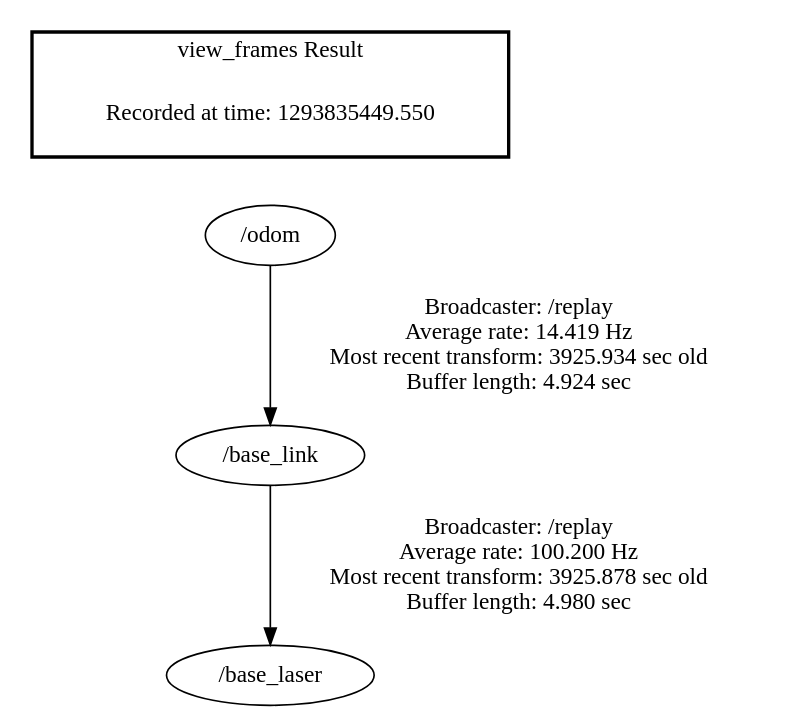
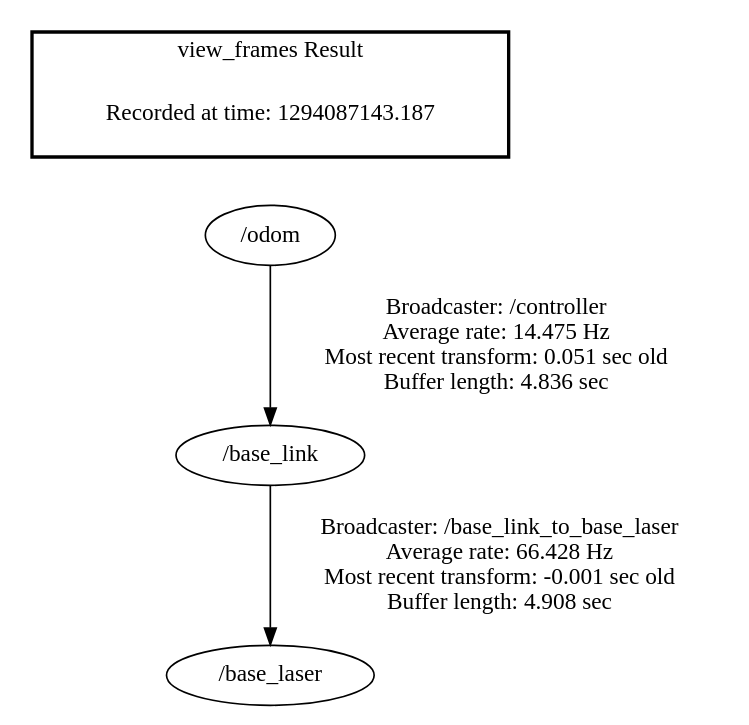
The diagram in this_robot/frames.gv (redbaron148/this_dev), drawn with Graphviz before and after one commit. The commit also changed 6 other files, not shown here.

Commit message:
Got mapping working on this.  Hokuyo node's default frame_id is laser, I had the frame id set to base_laser.

```diff
--- a/this_robot/frames.gv
+++ b/this_robot/frames.gv
@@ -1,8 +1,8 @@
 digraph G {
-"/base_link" -> "/base_laser"[label="Broadcaster: /replay\nAverage rate: 100.200 Hz\nMost recent transform: 3925.878 sec old \nBuffer length: 4.980 sec\n"];
-"/odom" -> "/base_link"[label="Broadcaster: /replay\nAverage rate: 14.419 Hz\nMost recent transform: 3925.934 sec old \nBuffer length: 4.924 sec\n"];
+"/base_link" -> "/base_laser"[label="Broadcaster: /base_link_to_base_laser\nAverage rate: 66.428 Hz\nMost recent transform: -0.001 sec old \nBuffer length: 4.908 sec\n"];
+"/odom" -> "/base_link"[label="Broadcaster: /controller\nAverage rate: 14.475 Hz\nMost recent transform: 0.051 sec old \nBuffer length: 4.836 sec\n"];
 edge [style=invis];
  subgraph cluster_legend { style=bold; color=black; label ="view_frames Result";
-"Recorded at time: 1293835449.550"[ shape=plaintext ] ;
+"Recorded at time: 1294087143.187"[ shape=plaintext ] ;
  }->"/odom";
 }
```
